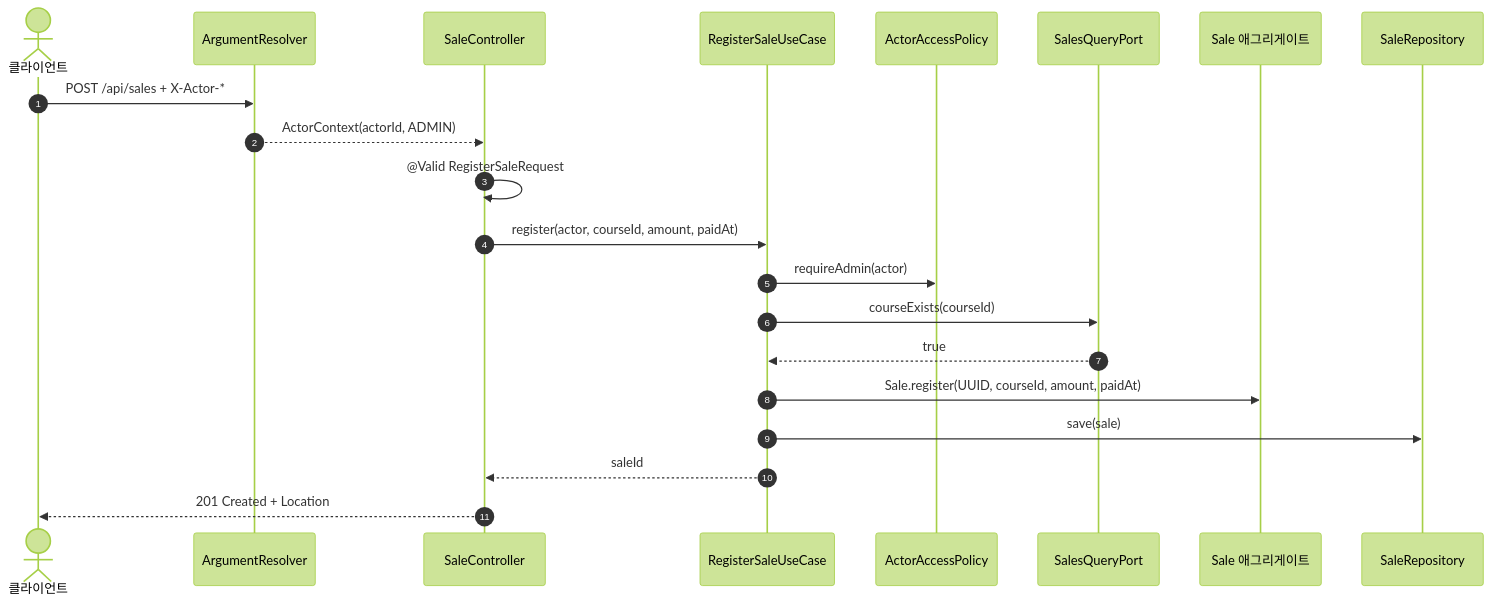
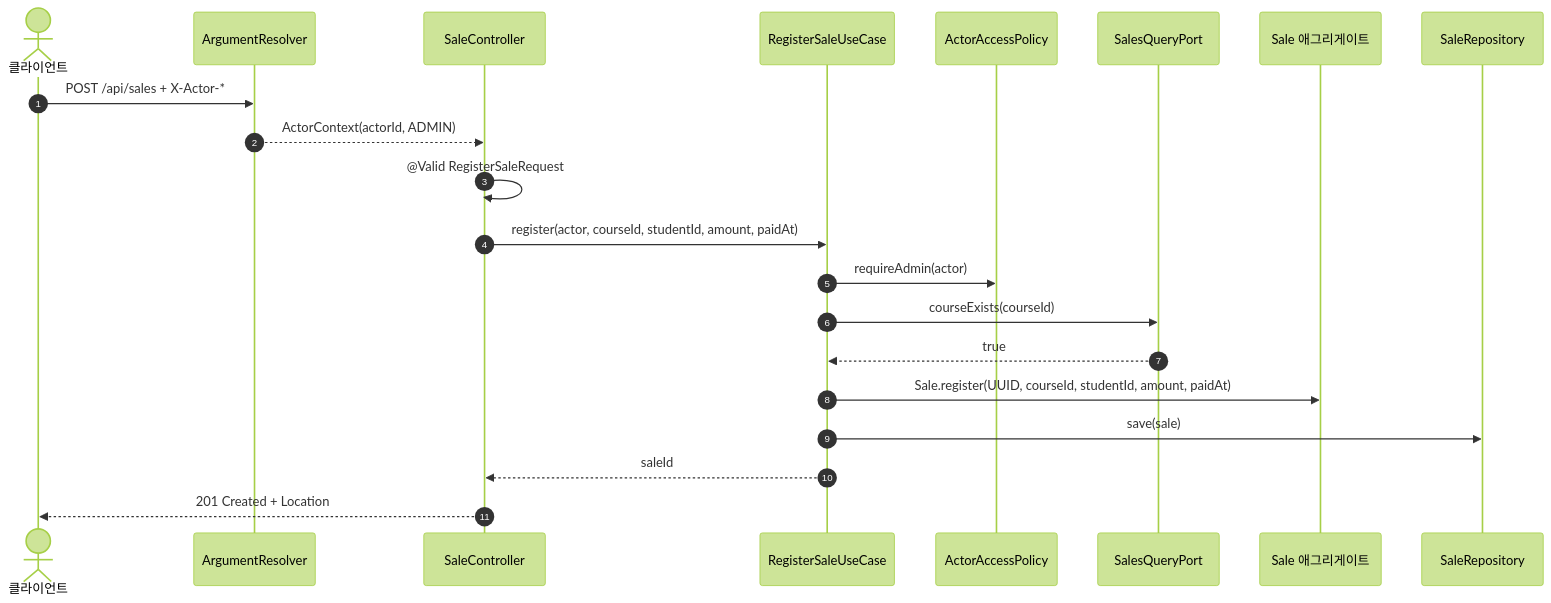
Before and after one commit to hrllk/settlement-api: the third of 7 diagrams in docs/03-아키텍처와-요청-흐름.md, drawn with Mermaid (forest theme). The commit also changed other lines of this file and 19 other files, not shown here.

````diff
--- a/docs/03-아키텍처와-요청-흐름.md
+++ b/docs/03-아키텍처와-요청-흐름.md
@@ -104,24 +104,24 @@
 ```mermaid
 sequenceDiagram
     autonumber
     actor C as 클라이언트
     participant R as ArgumentResolver
     participant Ctl as SaleController
     participant UC as RegisterSaleUseCase
     participant Pol as ActorAccessPolicy
     participant Q as SalesQueryPort
     participant S as Sale 애그리게이트
     participant Repo as SaleRepository
 
     C->>R: POST /api/sales + X-Actor-*
     R-->>Ctl: ActorContext(actorId, ADMIN)
     Ctl->>Ctl: @Valid RegisterSaleRequest
-    Ctl->>UC: register(actor, courseId, amount, paidAt)
+    Ctl->>UC: register(actor, courseId, studentId, amount, paidAt)
     UC->>Pol: requireAdmin(actor)
     UC->>Q: courseExists(courseId)
     Q-->>UC: true
-    UC->>S: Sale.register(UUID, courseId, amount, paidAt)
+    UC->>S: Sale.register(UUID, courseId, studentId, amount, paidAt)
     UC->>Repo: save(sale)
     UC-->>Ctl: saleId
     Ctl-->>C: 201 Created + Location
 ```
````
